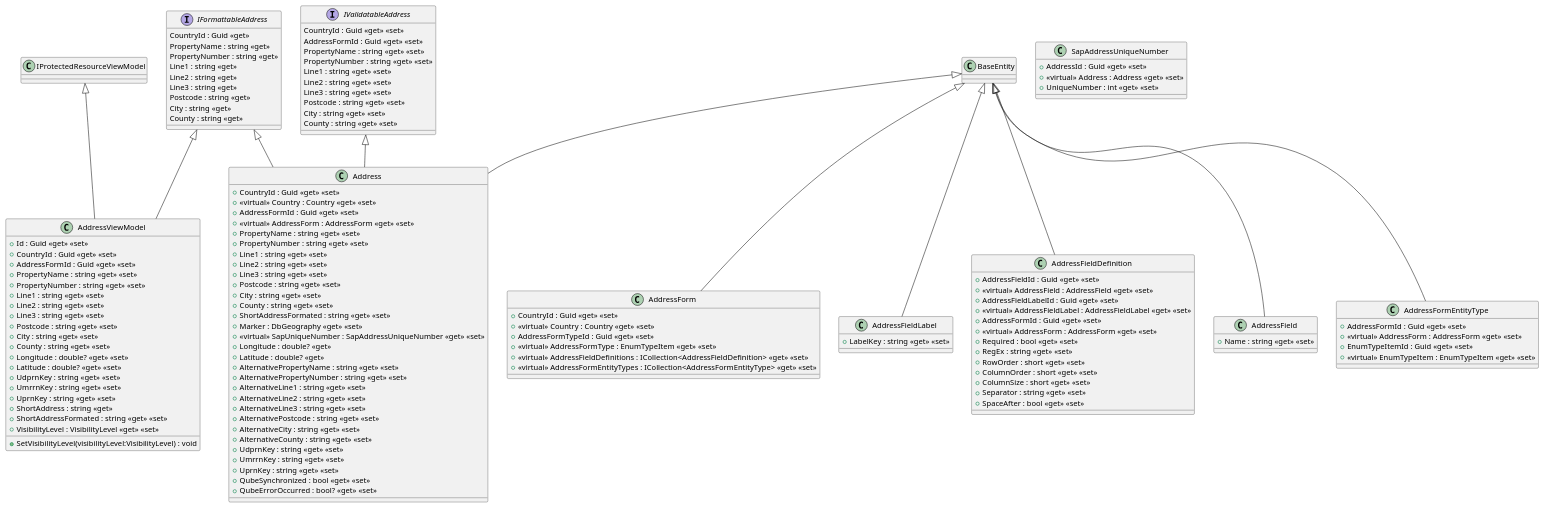
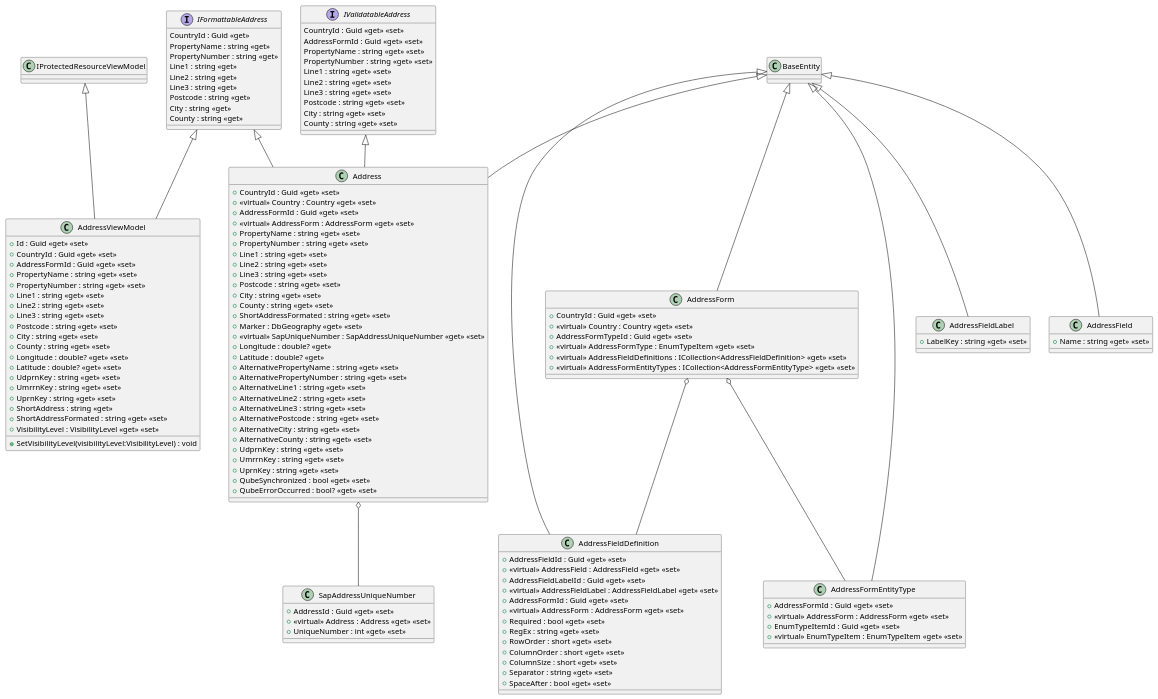
One commit to Kf-GaryNewport/Kf-GaryNewport.github.io changed the diagram in assets/Address2.puml. Above: the diagram before and after it, drawn with PlantUML. The commit also changed 1 other file, not shown here.

```diff
--- a/assets/Address2.puml
+++ b/assets/Address2.puml
@@ -1,139 +1,142 @@
 @startuml AddressViewModel
 class AddressViewModel {
     + Id : Guid <<get>> <<set>>
     + CountryId : Guid <<get>> <<set>>
     + AddressFormId : Guid <<get>> <<set>>
     + PropertyName : string <<get>> <<set>>
     + PropertyNumber : string <<get>> <<set>>
     + Line1 : string <<get>> <<set>>
     + Line2 : string <<get>> <<set>>
     + Line3 : string <<get>> <<set>>
     + Postcode : string <<get>> <<set>>
     + City : string <<get>> <<set>>
     + County : string <<get>> <<set>>
     + Longitude : double? <<get>> <<set>>
     + Latitude : double? <<get>> <<set>>
     + UdprnKey : string <<get>> <<set>>
     + UmrrnKey : string <<get>> <<set>>
     + UprnKey : string <<get>> <<set>>
     + ShortAddress : string <<get>>
     + ShortAddressFormated : string <<get>> <<set>>
     + VisibilityLevel : VisibilityLevel <<get>> <<set>>
     + SetVisibilityLevel(visibilityLevel:VisibilityLevel) : void
 }
 IFormattableAddress <|-- AddressViewModel
 IProtectedResourceViewModel <|-- AddressViewModel
 
 class AddressForm {
     + CountryId : Guid <<get>> <<set>>
     + <<virtual>> Country : Country <<get>> <<set>>
     + AddressFormTypeId : Guid <<get>> <<set>>
     + <<virtual>> AddressFormType : EnumTypeItem <<get>> <<set>>
     + <<virtual>> AddressFieldDefinitions : ICollection<AddressFieldDefinition> <<get>> <<set>>
     + <<virtual>> AddressFormEntityTypes : ICollection<AddressFormEntityType> <<get>> <<set>>
 }
 BaseEntity <|-- AddressForm
+AddressForm o-- AddressFieldDefinition
+AddressForm o-- AddressFormEntityType
 
 class AddressFieldLabel {
     + LabelKey : string <<get>> <<set>>
 }
 BaseEntity <|-- AddressFieldLabel
 
 class AddressFieldDefinition {
     + AddressFieldId : Guid <<get>> <<set>>
     + <<virtual>> AddressField : AddressField <<get>> <<set>>
     + AddressFieldLabelId : Guid <<get>> <<set>>
     + <<virtual>> AddressFieldLabel : AddressFieldLabel <<get>> <<set>>
     + AddressFormId : Guid <<get>> <<set>>
     + <<virtual>> AddressForm : AddressForm <<get>> <<set>>
     + Required : bool <<get>> <<set>>
     + RegEx : string <<get>> <<set>>
     + RowOrder : short <<get>> <<set>>
     + ColumnOrder : short <<get>> <<set>>
     + ColumnSize : short <<get>> <<set>>
     + Separator : string <<get>> <<set>>
     + SpaceAfter : bool <<get>> <<set>>
 }
 BaseEntity <|-- AddressFieldDefinition
 
 class AddressField {
     + Name : string <<get>> <<set>>
 }
 BaseEntity <|-- AddressField
 
 class Address {
     + CountryId : Guid <<get>> <<set>>
     + <<virtual>> Country : Country <<get>> <<set>>
     + AddressFormId : Guid <<get>> <<set>>
     + <<virtual>> AddressForm : AddressForm <<get>> <<set>>
     + PropertyName : string <<get>> <<set>>
     + PropertyNumber : string <<get>> <<set>>
     + Line1 : string <<get>> <<set>>
     + Line2 : string <<get>> <<set>>
     + Line3 : string <<get>> <<set>>
     + Postcode : string <<get>> <<set>>
     + City : string <<get>> <<set>>
     + County : string <<get>> <<set>>
     + ShortAddressFormated : string <<get>> <<set>>
     + Marker : DbGeography <<get>> <<set>>
     + <<virtual>> SapUniqueNumber : SapAddressUniqueNumber <<get>> <<set>>
     + Longitude : double? <<get>>
     + Latitude : double? <<get>>
     + AlternativePropertyName : string <<get>> <<set>>
     + AlternativePropertyNumber : string <<get>> <<set>>
     + AlternativeLine1 : string <<get>> <<set>>
     + AlternativeLine2 : string <<get>> <<set>>
     + AlternativeLine3 : string <<get>> <<set>>
     + AlternativePostcode : string <<get>> <<set>>
     + AlternativeCity : string <<get>> <<set>>
     + AlternativeCounty : string <<get>> <<set>>
     + UdprnKey : string <<get>> <<set>>
     + UmrrnKey : string <<get>> <<set>>
     + UprnKey : string <<get>> <<set>>
     + QubeSynchronized : bool <<get>> <<set>>
     + QubeErrorOccurred : bool? <<get>> <<set>>
 }
 BaseEntity <|-- Address
 IValidatableAddress <|-- Address
 IFormattableAddress <|-- Address
+Address o-- SapAddressUniqueNumber
 
 class SapAddressUniqueNumber {
     + AddressId : Guid <<get>> <<set>>
     + <<virtual>> Address : Address <<get>> <<set>>
     + UniqueNumber : int <<get>> <<set>>
 }
 
 interface IValidatableAddress {
     CountryId : Guid <<get>> <<set>>
     AddressFormId : Guid <<get>> <<set>>
     PropertyName : string <<get>> <<set>>
     PropertyNumber : string <<get>> <<set>>
     Line1 : string <<get>> <<set>>
     Line2 : string <<get>> <<set>>
     Line3 : string <<get>> <<set>>
     Postcode : string <<get>> <<set>>
     City : string <<get>> <<set>>
     County : string <<get>> <<set>>
 }
 
 interface IFormattableAddress {
     CountryId : Guid <<get>>
     PropertyName : string <<get>>
     PropertyNumber : string <<get>>
     Line1 : string <<get>>
     Line2 : string <<get>>
     Line3 : string <<get>>
     Postcode : string <<get>>
     City : string <<get>>
     County : string <<get>>
 }
 
 class AddressFormEntityType {
     + AddressFormId : Guid <<get>> <<set>>
     + <<virtual>> AddressForm : AddressForm <<get>> <<set>>
     + EnumTypeItemId : Guid <<get>> <<set>>
     + <<virtual>> EnumTypeItem : EnumTypeItem <<get>> <<set>>
 }
 BaseEntity <|-- AddressFormEntityType
 
 @enduml
```
